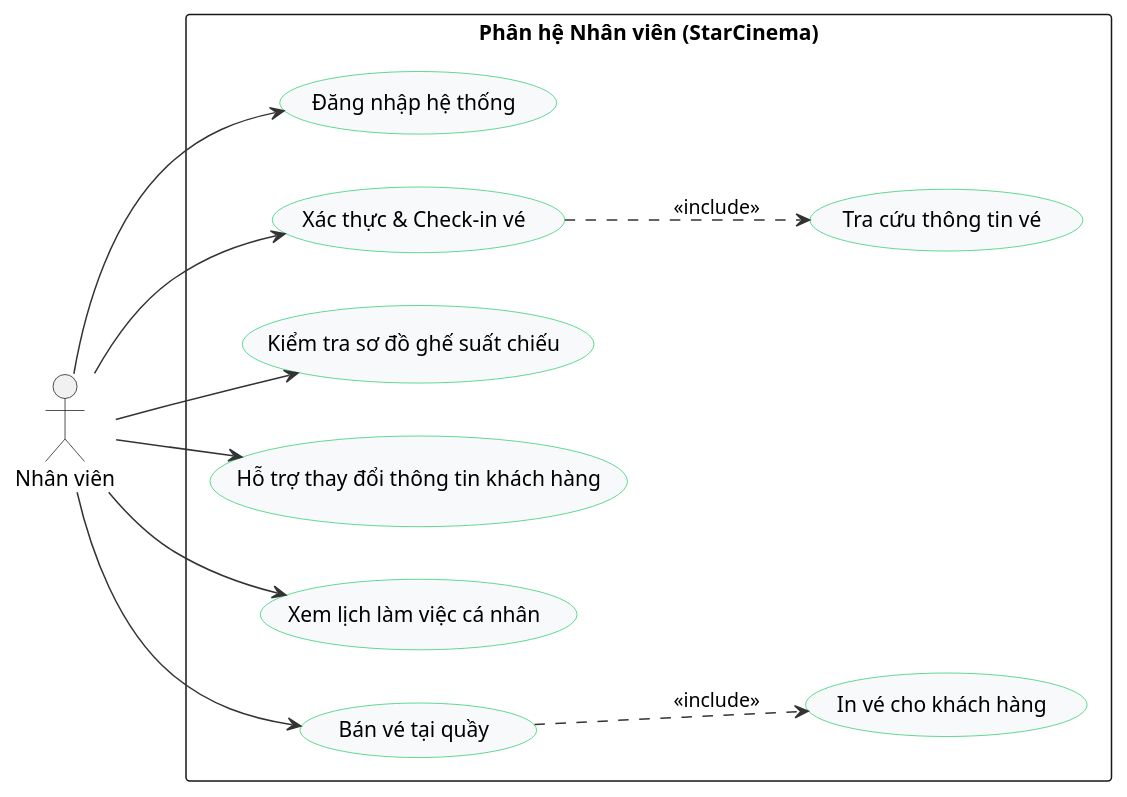
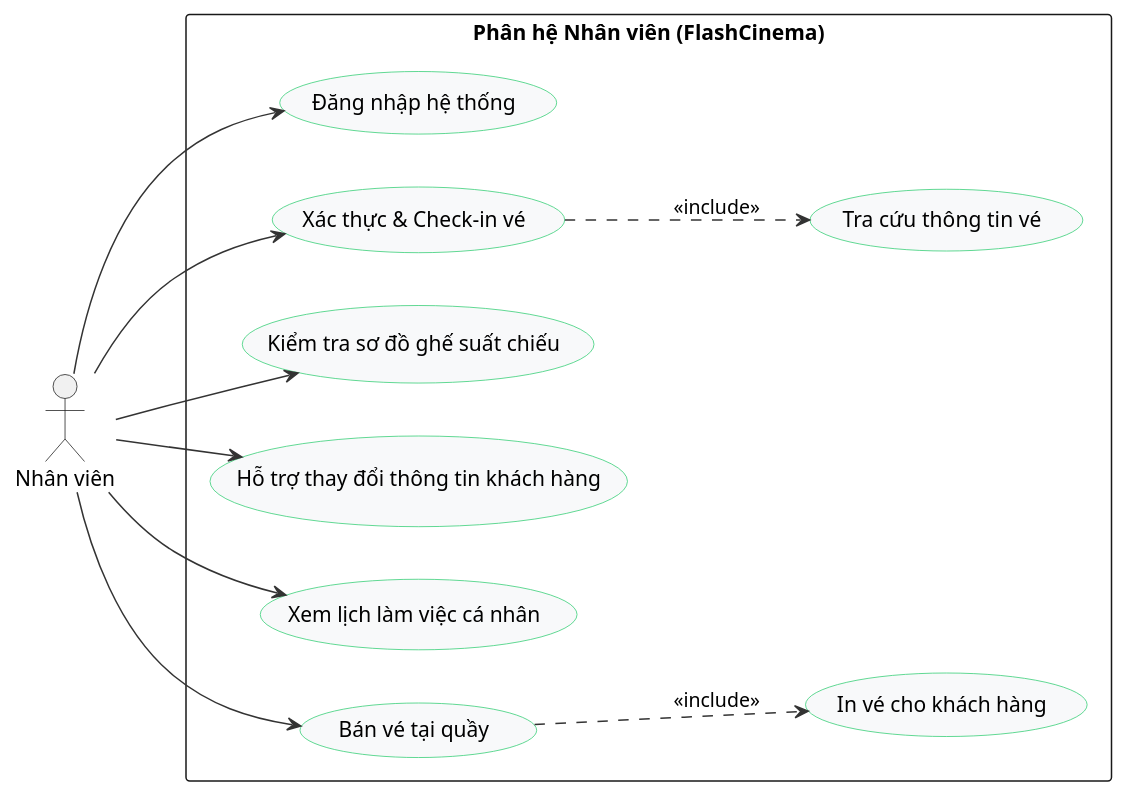
One commit to vothnha26/Cinema-Management-System changed the diagram in report/2.0-Yêu cầu nghiệp vụ/2.2-Phân tích hệ thống (UML Diagrams)/2.2.1.Sơ đồ Use Case/staff_use_case.puml. Above: the diagram before and after it, drawn with PlantUML. The commit also changed 50 other files, not shown here.

```diff
--- a/report/2.0-Yêu cầu nghiệp vụ/2.2-Phân tích hệ thống (UML Diagrams)/2.2.1.Sơ đồ Use Case/staff_use_case.puml
+++ b/report/2.0-Yêu cầu nghiệp vụ/2.2-Phân tích hệ thống (UML Diagrams)/2.2.1.Sơ đồ Use Case/staff_use_case.puml
@@ -1,34 +1,34 @@
 @startuml staff_use_case
 left to right direction
 skinparam backgroundColor #FFFFFF
 skinparam usecase {
     BackgroundColor #F8F9FA
     BorderColor #2ECC71
     ArrowColor #333333
 }
 
 actor "Nhân viên" as Staff
 
-rectangle "Phân hệ Nhân viên (StarCinema)" {
+rectangle "Phân hệ Nhân viên (FlashCinema)" {
     usecase "Đăng nhập hệ thống" as UC_Login
     usecase "Tra cứu thông tin vé" as UC_SearchTicket
     usecase "Xác thực & Check-in vé" as UC_Checkin
     usecase "Kiểm tra sơ đồ ghế suất chiếu" as UC_ViewSeat
     usecase "Hỗ trợ thay đổi thông tin khách hàng" as UC_Support
     usecase "Xem lịch làm việc cá nhân" as UC_Schedule
     
     usecase "Bán vé tại quầy" as UC_CounterSales
     usecase "In vé cho khách hàng" as UC_Print
     
     UC_Checkin ..> UC_SearchTicket : <<include>>
     UC_CounterSales ..> UC_Print : <<include>>
 }
 
 Staff --> UC_Login
 Staff --> UC_Checkin
 Staff --> UC_ViewSeat
 Staff --> UC_Support
 Staff --> UC_Schedule
 Staff --> UC_CounterSales
 
 @enduml
```
